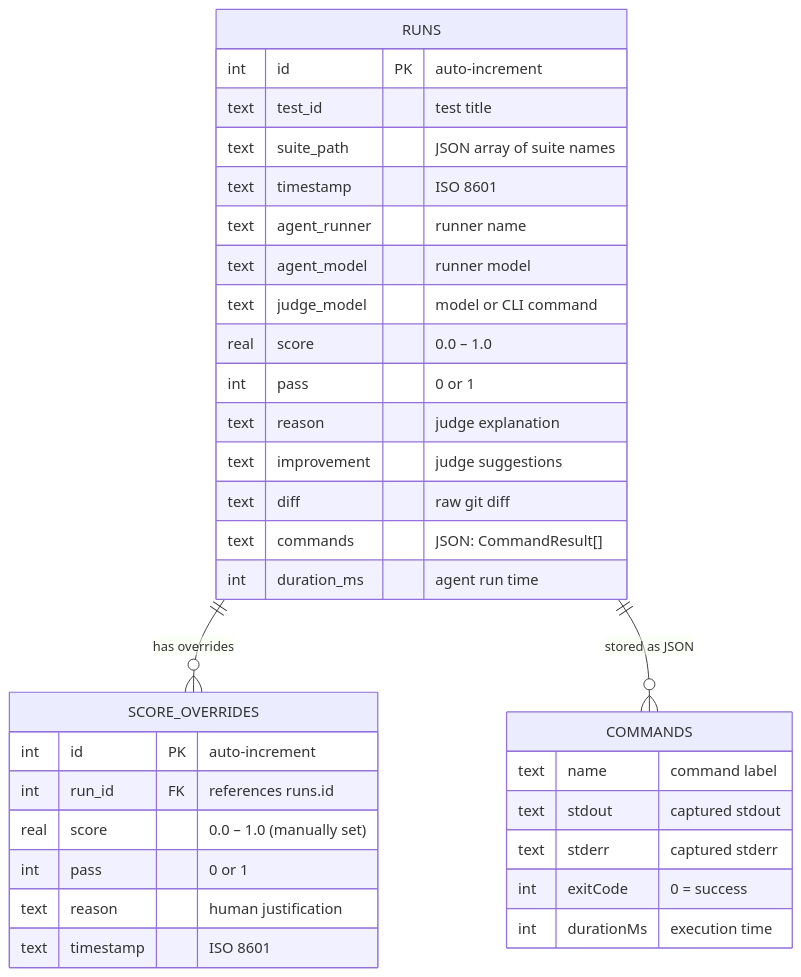
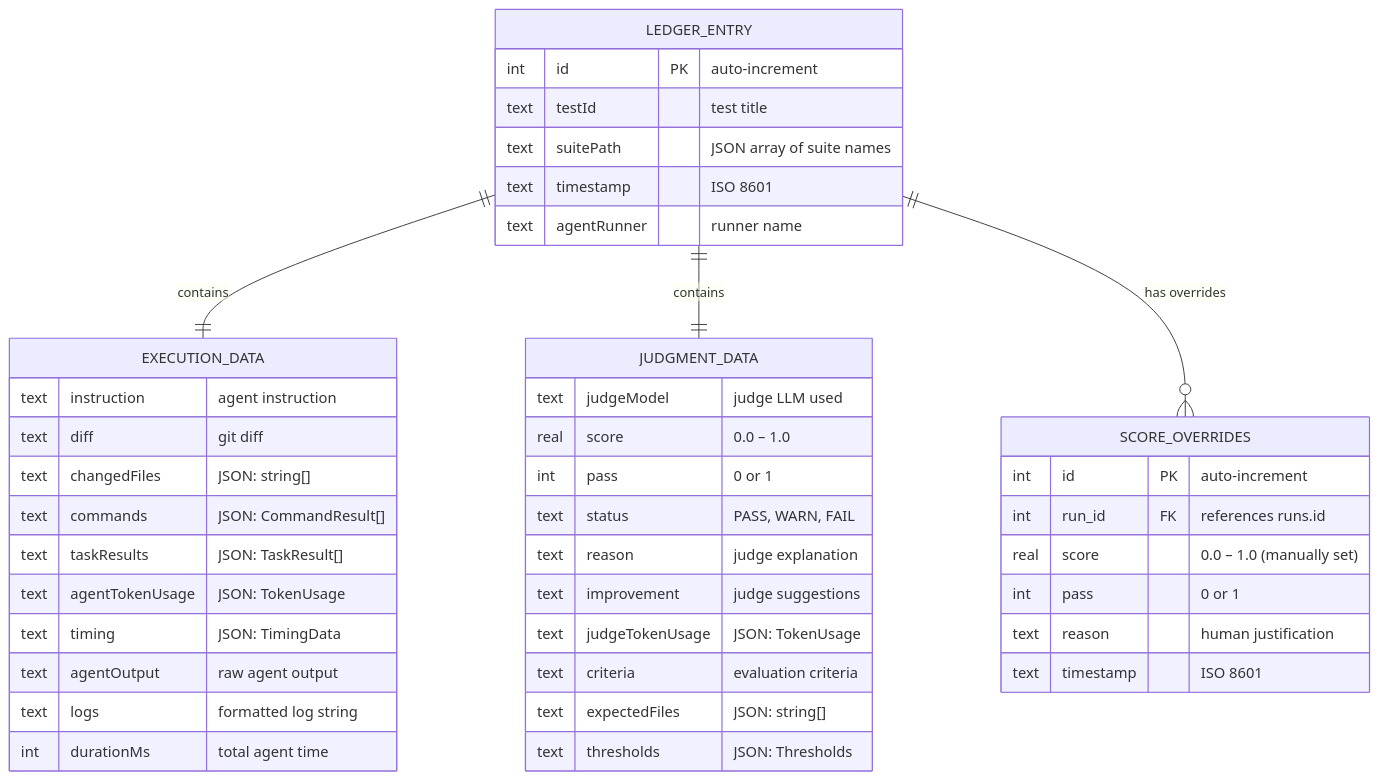
The fifth of 5 diagrams in apps/docs/guide/architecture.md (Tlahey/agent-eval), drawn with Mermaid before and after one commit. The commit also changed other lines of this file and 68 other files, not shown here.

First line of the commit message:
refactor(core): decouple plugin architecture with IModelPlugin and IRunnerPlugin (#7)

````diff
--- a/apps/docs/guide/architecture.md
+++ b/apps/docs/guide/architecture.md
@@ -259,38 +265,49 @@
 ```mermaid
 erDiagram
-    RUNS {
+    LEDGER_ENTRY {
         int id PK "auto-increment"
-        text test_id "test title"
-        text suite_path "JSON array of suite names"
+        text testId "test title"
+        text suitePath "JSON array of suite names"
         text timestamp "ISO 8601"
-        text agent_runner "runner name"
-        text agent_model "runner model"
-        text judge_model "model or CLI command"
+        text agentRunner "runner name"
+    }
+
+    EXECUTION_DATA {
+        text instruction "agent instruction"
+        text diff "git diff"
+        text changedFiles "JSON: string[]"
+        text commands "JSON: CommandResult[]"
+        text taskResults "JSON: TaskResult[]"
+        text agentTokenUsage "JSON: TokenUsage"
+        text timing "JSON: TimingData"
+        text agentOutput "raw agent output"
+        text logs "formatted log string"
+        int durationMs "total agent time"
+    }
+
+    JUDGMENT_DATA {
+        text judgeModel "judge LLM used"
         real score "0.0 – 1.0"
         int pass "0 or 1"
+        text status "PASS, WARN, FAIL"
         text reason "judge explanation"
         text improvement "judge suggestions"
-        text diff "raw git diff"
-        text commands "JSON: CommandResult[]"
-        int duration_ms "agent run time"
+        text judgeTokenUsage "JSON: TokenUsage"
+        text criteria "evaluation criteria"
+        text expectedFiles "JSON: string[]"
+        text thresholds "JSON: Thresholds"
     }
 
     SCORE_OVERRIDES {
         int id PK "auto-increment"
         int run_id FK "references runs.id"
         real score "0.0 – 1.0 (manually set)"
         int pass "0 or 1"
         text reason "human justification"
         text timestamp "ISO 8601"
     }
 
-    RUNS ||--o{ SCORE_OVERRIDES : "has overrides"
-    RUNS ||--o{ COMMANDS : "stored as JSON"
-    COMMANDS {
-        text name "command label"
-        text stdout "captured stdout"
-        text stderr "captured stderr"
-        int exitCode "0 = success"
-        int durationMs "execution time"
-    }
+    LEDGER_ENTRY ||--|| EXECUTION_DATA : "contains"
+    LEDGER_ENTRY ||--|| JUDGMENT_DATA : "contains"
+    LEDGER_ENTRY ||--o{ SCORE_OVERRIDES : "has overrides"
 ```
````
